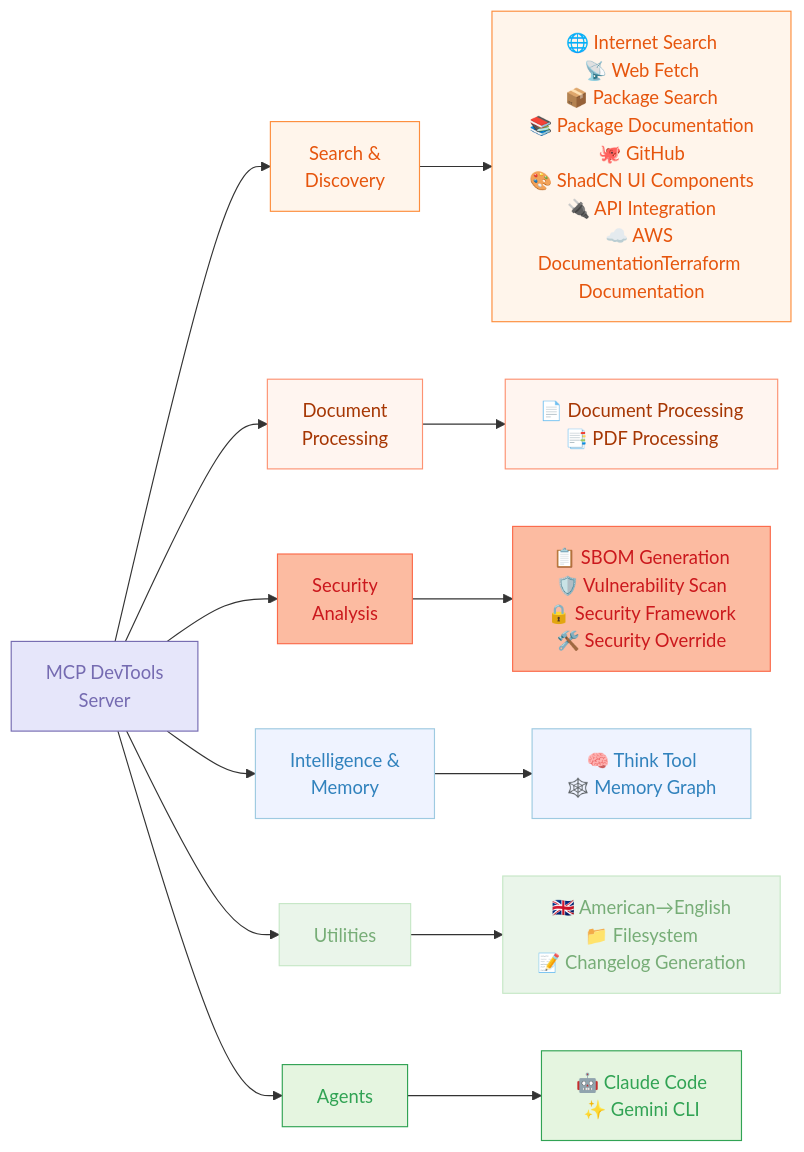
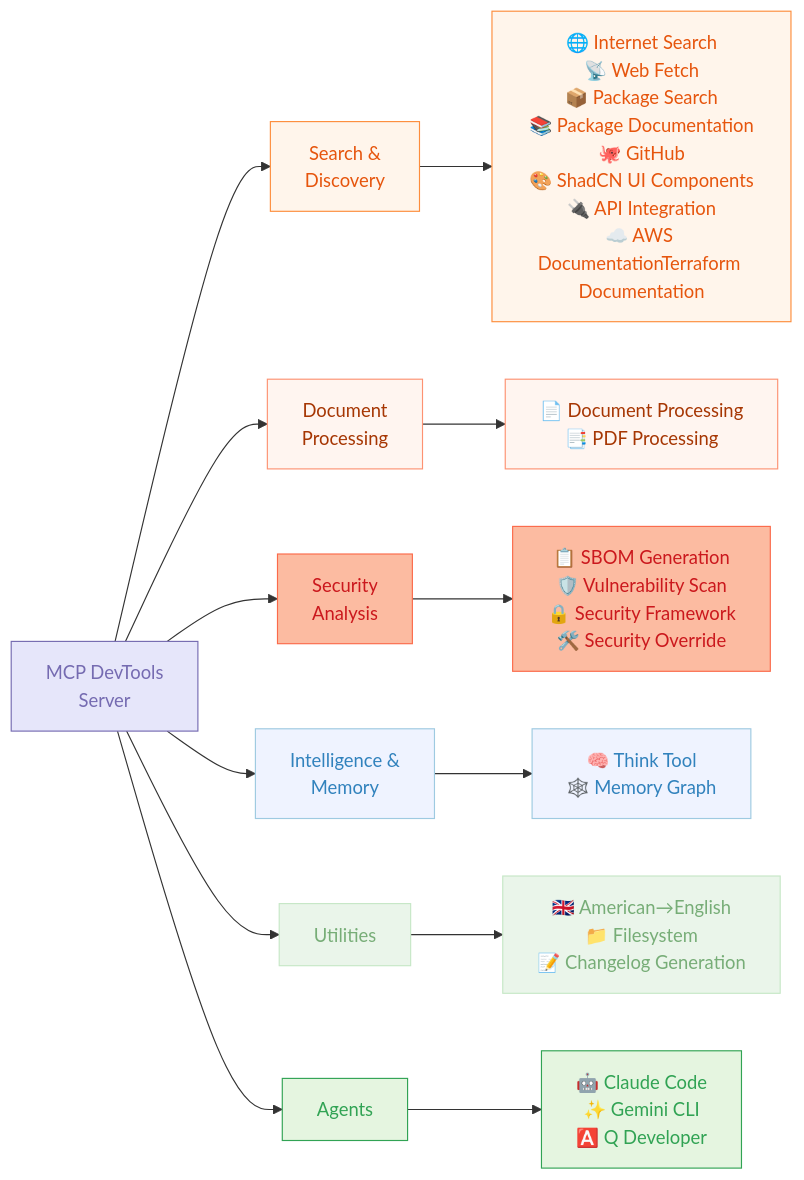
The diagram in README.md (sammcj/mcp-devtools), drawn with Mermaid before and after one commit. The commit also changed other lines of this file and 7 other files, not shown here.

````diff
--- a/README.md
+++ b/README.md
@@ -5,42 +5,42 @@
 ```mermaid
 graph LR
     A[MCP DevTools<br>Server]
 
     A --> B[Search &<br>Discovery]
     A --> C[Document<br>Processing]
     A --> D[Security<br>Analysis]
     A --> E[Intelligence &<br>Memory]
     A --> F[Utilities]
     A --> G[Agents]
 
     B --> B_Tools[🌐 Internet Search<br>📡 Web Fetch<br>📦 Package Search<br>📚 Package Documentation<br>🐙 GitHub<br>🎨 ShadCN UI Components<br>🔌 API Integration<br>☁️ AWS Documentation<br📝>Terraform Documentation]
 
     C --> C_Tools[📄 Document Processing<br>📑 PDF Processing]
 
     D --> D_Tools[📋 SBOM Generation<br>🛡️ Vulnerability Scan<br>🔒 Security Framework<br>🛠️ Security Override]
 
     E --> E_Tools[🧠 Think Tool<br>🕸️ Memory Graph]
 
     F --> F_Tools[🇬🇧 American→English<br>📁 Filesystem<br>📝 Changelog Generation]
 
-    G --> G_Tools[🤖 Claude Code<br>✨ Gemini CLI]
+    G --> G_Tools[🤖 Claude Code<br>✨ Gemini CLI<br>🅰️ Q Developer]
 
     classDef inputOutput fill:#FEE0D2,stroke:#E6550D,color:#E6550D
     classDef llm fill:#E5F5E0,stroke:#31A354,color:#31A354
     classDef components fill:#E6E6FA,stroke:#756BB1,color:#756BB1
     classDef process fill:#EAF5EA,stroke:#C6E7C6,color:#77AD77
     classDef stop fill:#E5E1F2,stroke:#C7C0DE,color:#8471BF
     classDef data fill:#EFF3FF,stroke:#9ECAE1,color:#3182BD
     classDef decision fill:#FFF5EB,stroke:#FD8D3C,color:#E6550D
     classDef storage fill:#F2F0F7,stroke:#BCBDDC,color:#756BB1
     classDef api fill:#FFF5F0,stroke:#FD9272,color:#A63603
     classDef error fill:#FCBBA1,stroke:#FB6A4A,color:#CB181D
 
     class A components
     class B,B_Tools decision
     class C,C_Tools api
     class D,D_Tools error
     class E,E_Tools data
     class F,F_Tools process
     class G,G_Tools llm
 ```
````
